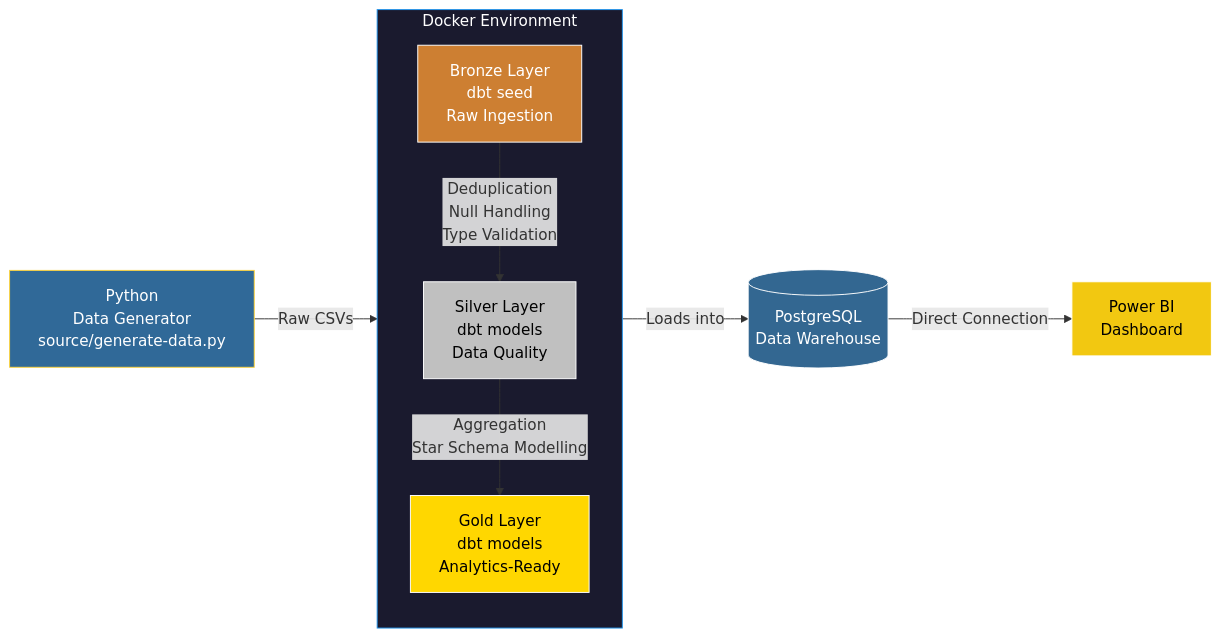
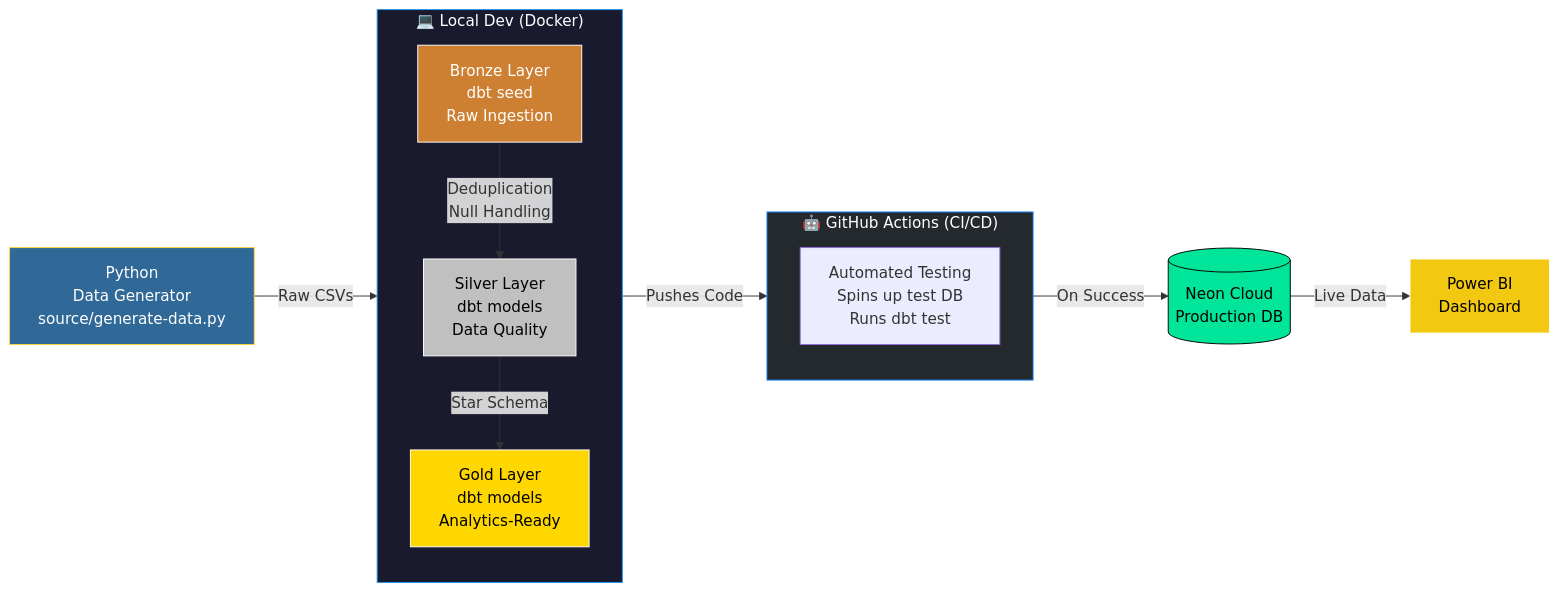
One commit to AtharvaKesare/E-Commerce-Analytics-Pipeline-Dashboard changed the diagram in README.md. Above: the diagram before and after it, drawn with Mermaid. The commit also changed other lines of this file, not shown here.

Commit message:
docs: update architecture to include Neon Cloud and GitHub Actions CI/CD

````diff
--- a/README.md
+++ b/README.md
@@ -15,22 +17,31 @@
 ```mermaid
 flowchart LR
     A[ Python\nData Generator\nsource/generate-data.py] -->|Raw CSVs| B
 
-    subgraph Docker[" Docker Environment"]
+    subgraph GitHub["🤖 GitHub Actions (CI/CD)"]
+        direction TB
+        TEST[Automated Testing\nSpins up test DB\nRuns dbt test]
+    end
+
+    subgraph Docker["💻 Local Dev (Docker)"]
         direction TB
         B[ Bronze Layer\ndbt seed\nRaw Ingestion]
-        B -->|Deduplication\nNull Handling\nType Validation| C[ Silver Layer\ndbt models\nData Quality]
-        C -->|Aggregation\nStar Schema Modelling| D[ Gold Layer\ndbt models\nAnalytics-Ready]
+        B -->|Deduplication\nNull Handling| C[ Silver Layer\ndbt models\nData Quality]
+        C -->|Star Schema| D[ Gold Layer\ndbt models\nAnalytics-Ready]
     end
+    
+    Docker -->|Pushes Code| GitHub
+    GitHub -->|On Success| E
 
-    D -->|Loads into| E[( PostgreSQL\nData Warehouse)]
-    E -->|Direct Connection| F[ Power BI\nDashboard]
+    E[( Neon Cloud\nProduction DB)]
+    E -->|Live Data| F[ Power BI\nDashboard]
 
     style Docker fill:#1a1a2e,stroke:#2496ED,color:#fff
+    style GitHub fill:#24292e,stroke:#2088FF,color:#fff
     style A fill:#306998,stroke:#FFD43B,color:#fff
     style B fill:#cd7f32,stroke:#fff,color:#fff
     style C fill:#C0C0C0,stroke:#fff,color:#000
     style D fill:#FFD700,stroke:#fff,color:#000
-    style E fill:#336791,stroke:#fff,color:#fff
+    style E fill:#00e599,stroke:#000,color:#000
     style F fill:#F2C811,stroke:#fff,color:#000
 ```
````
